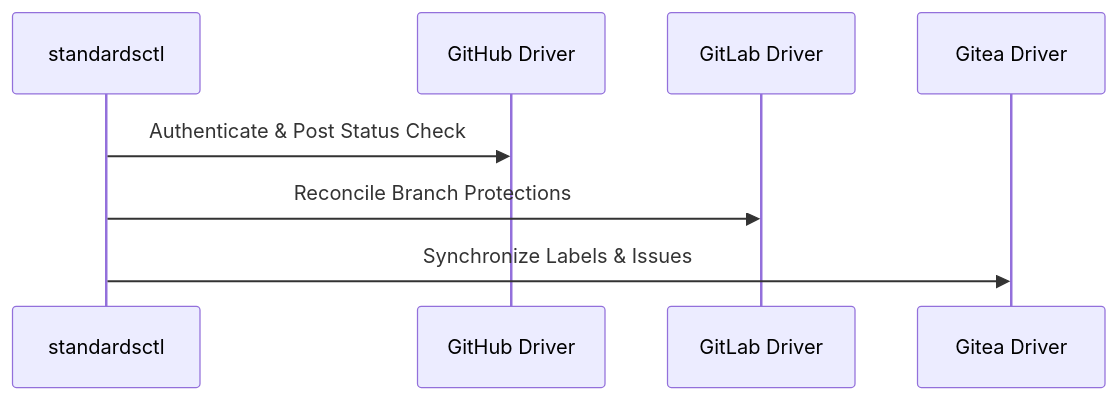
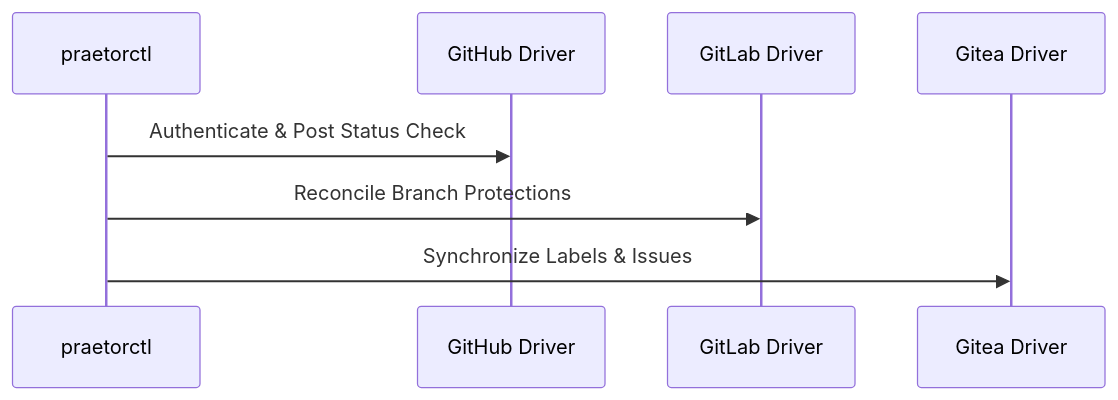
The diagram in docs/wiki/API-Reference.md (cordanaLLM/praetor), drawn with Mermaid before and after one commit. The commit also changed other lines of this file and 50 other files, not shown here.

````diff
--- a/docs/wiki/API-Reference.md
+++ b/docs/wiki/API-Reference.md
@@ -31,10 +31,10 @@
 ```mermaid
 sequenceDiagram
-    participant CLI as standardsctl
+    participant CLI as praetorctl
     participant GH as GitHub Driver
     participant GL as GitLab Driver
     participant GT as Gitea Driver
     CLI->>GH: Authenticate & Post Status Check
     CLI->>GL: Reconcile Branch Protections
     CLI->>GT: Synchronize Labels & Issues
 ```
````
